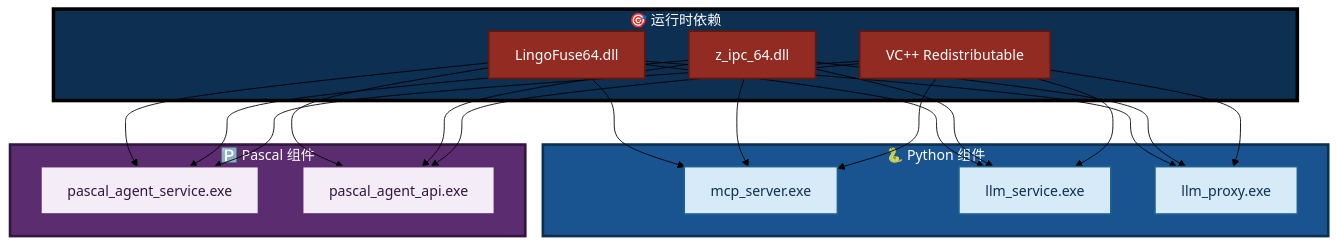
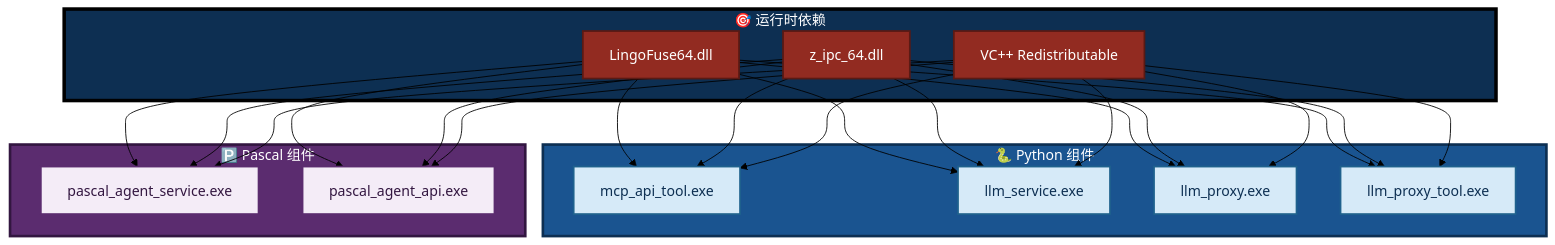
The first of 5 diagrams in Dependency_Installation_Guide.md (PassByYou888/LingoFuse-pasAgent), drawn with Mermaid (forest theme) before and after one commit. The commit also changed other lines of this file and 33 other files, not shown here.

````diff
--- a/Dependency_Installation_Guide.md
+++ b/Dependency_Installation_Guide.md
@@ -40,47 +48,52 @@
 ```mermaid
 flowchart TB
     subgraph TOP["🎯 运行时依赖"]
         A["LingoFuse64.dll"]
         B["z_ipc_64.dll"]
         C["VC++ Redistributable"]
     end
 
     subgraph PY["🐍 Python 组件"]
-        D["mcp_server.exe"]
+        D["mcp_api_tool.exe"]
         E["llm_service.exe"]
         F["llm_proxy.exe"]
+        G["llm_proxy_tool.exe"]
     end
 
     subgraph PAS["🅿️ Pascal 组件"]
-        G["pascal_agent_service.exe"]
-        H["pascal_agent_api.exe"]
+        H["pascal_agent_service.exe"]
+        I["pascal_agent_api.exe"]
     end
 
     A --> D
     A --> E
     A --> F
     A --> G
     A --> H
+    A --> I
     B --> D
     B --> E
     B --> F
     B --> G
     B --> H
+    B --> I
     C --> D
     C --> E
     C --> F
     C --> G
     C --> H
+    C --> I
 
     style TOP fill:#0D2F52,stroke:#000000,stroke-width:4px,color:#FFFFFF
     style PY fill:#1A5490,stroke:#0D2F52,stroke-width:3px,color:#FFFFFF
     style PAS fill:#5B2C6F,stroke:#321640,stroke-width:3px,color:#FFFFFF
     style A fill:#922B21,stroke:#5A1A14,stroke-width:2px,color:#FFFFFF
     style B fill:#922B21,stroke:#5A1A14,stroke-width:2px,color:#FFFFFF
     style C fill:#922B21,stroke:#5A1A14,stroke-width:2px,color:#FFFFFF
     style D fill:#D6EAF8,stroke:#1F618D,stroke-width:2px,color:#0D2F52
     style E fill:#D6EAF8,stroke:#1F618D,stroke-width:2px,color:#0D2F52
     style F fill:#D6EAF8,stroke:#1F618D,stroke-width:2px,color:#0D2F52
-    style G fill:#F4ECF7,stroke:#5B2C6F,stroke-width:2px,color:#321640
+    style G fill:#D6EAF8,stroke:#1F618D,stroke-width:2px,color:#0D2F52
     style H fill:#F4ECF7,stroke:#5B2C6F,stroke-width:2px,color:#321640
+    style I fill:#F4ECF7,stroke:#5B2C6F,stroke-width:2px,color:#321640
 ```
````
